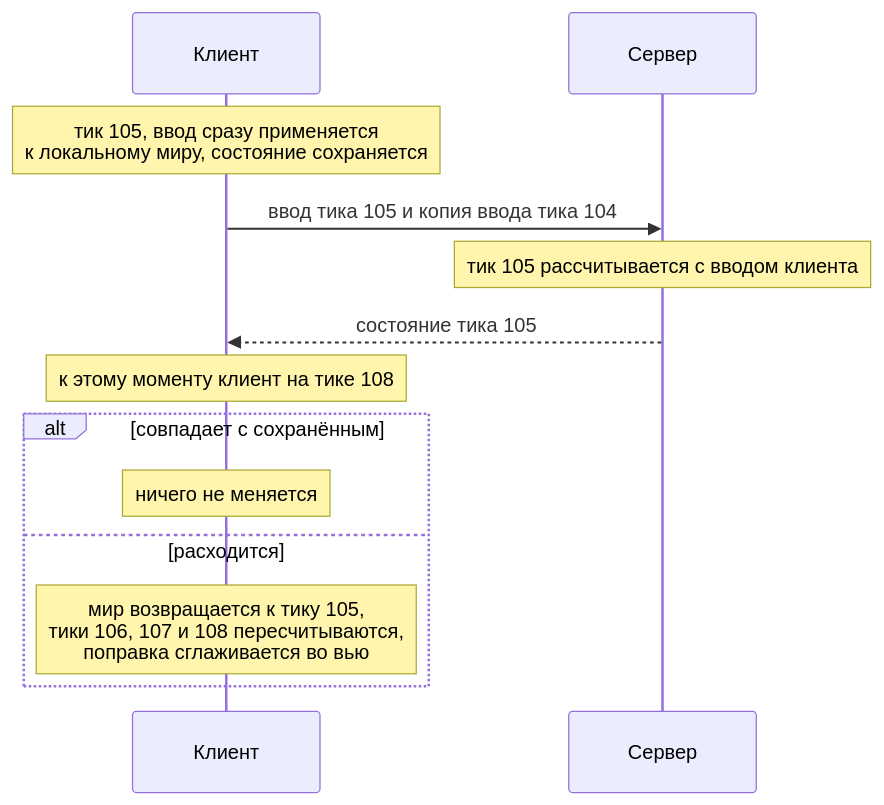
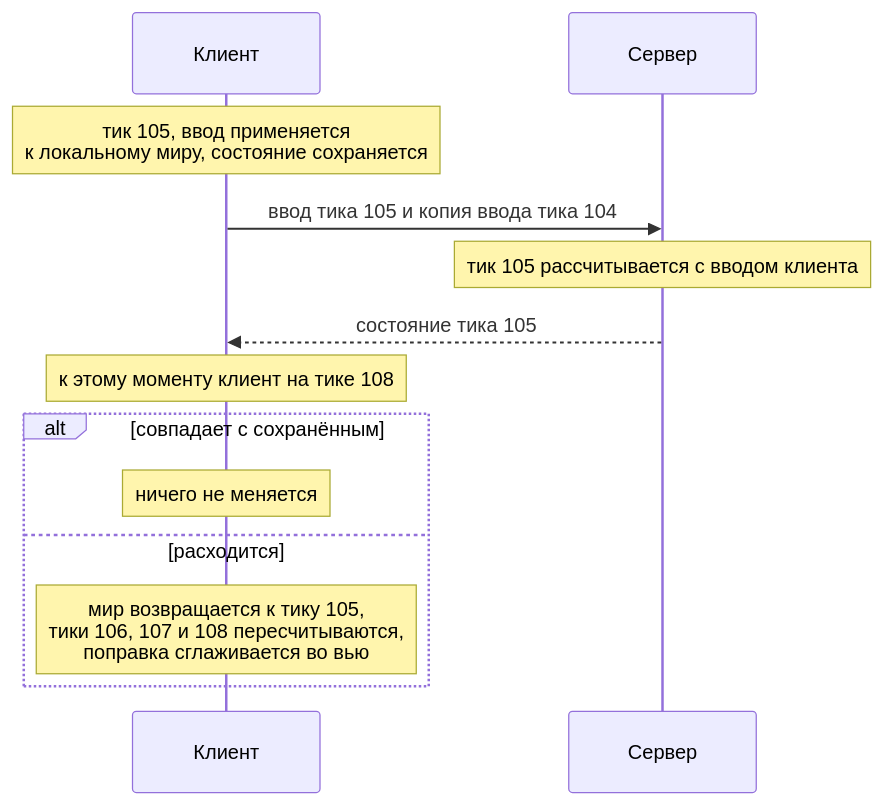
Before and after one commit to pndte/match-please: the fourth of 8 diagrams in README.md, drawn with Mermaid. The commit also changed other lines of this file, not shown here.

````diff
--- a/README.md
+++ b/README.md
@@ -592,15 +601,15 @@
 ```mermaid
 sequenceDiagram
     participant C as Клиент
     participant S as Сервер
-    Note over C: тик 105, ввод сразу применяется<br/>к локальному миру, состояние сохраняется
+    Note over C: тик 105, ввод применяется<br/>к локальному миру, состояние сохраняется
     C->>S: ввод тика 105 и копия ввода тика 104
     Note over S: тик 105 рассчитывается с вводом клиента
     S-->>C: состояние тика 105
     Note over C: к этому моменту клиент на тике 108
     alt совпадает с сохранённым
         Note over C: ничего не меняется
     else расходится
         Note over C: мир возвращается к тику 105,<br/>тики 106, 107 и 108 пересчитываются,<br/>поправка сглаживается во вью
     end
 ```
````
